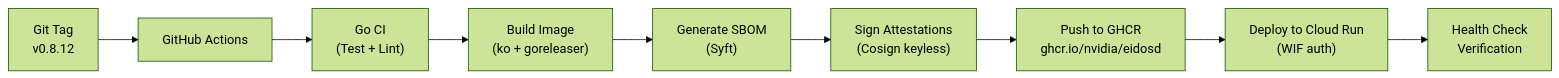
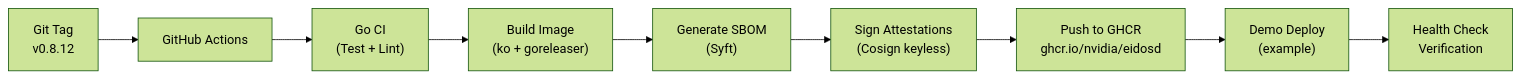
Before and after one commit to hkii/aicr: the fourth of 4 diagrams in docs/architecture/api-server.md, drawn with Mermaid (forest theme). The commit also changed other lines of this file and 5 other files, not shown here.

First line of the commit message:
docs: position Cloud Run deployment as demo API server example

````diff
--- a/docs/architecture/api-server.md
+++ b/docs/architecture/api-server.md
@@ -540,11 +541,11 @@
 ```mermaid
 flowchart LR
     A["Git Tag<br/>v0.8.12"] --> B["GitHub Actions"]
     B --> C["Go CI<br/>(Test + Lint)"]
     C --> D["Build Image<br/>(ko + goreleaser)"]
-    D --> E["Generate SBOM<br/>(Syft)"]  
+    D --> E["Generate SBOM<br/>(Syft)"]
     E --> F["Sign Attestations<br/>(Cosign keyless)"]
     F --> G["Push to GHCR<br/>ghcr.io/nvidia/eidosd"]
-    G --> H["Deploy to Cloud Run<br/>(WIF auth)"]
+    G --> H["Demo Deploy<br/>(example)"]
     H --> I["Health Check<br/>Verification"]
 ```
````
